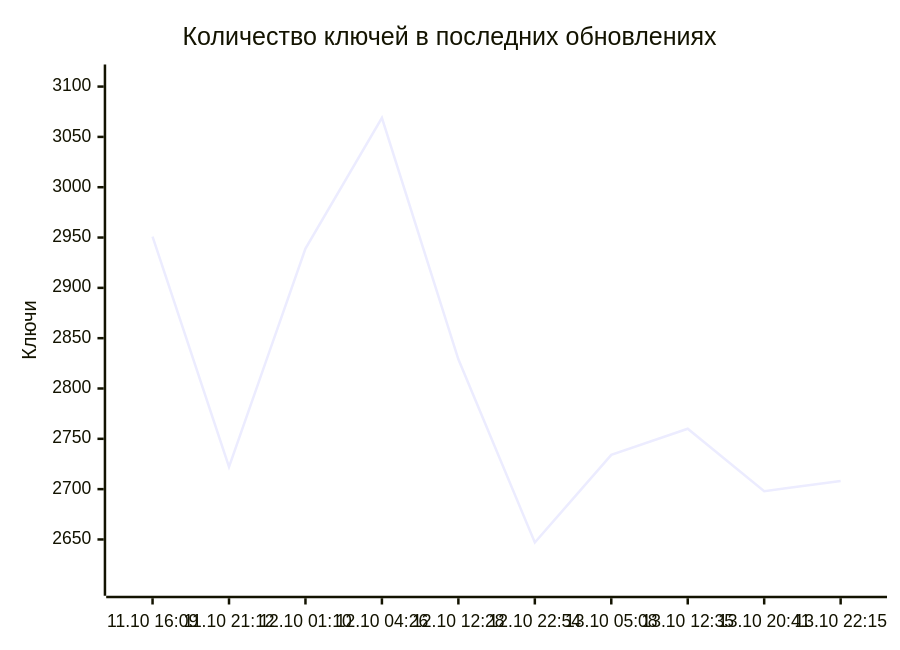
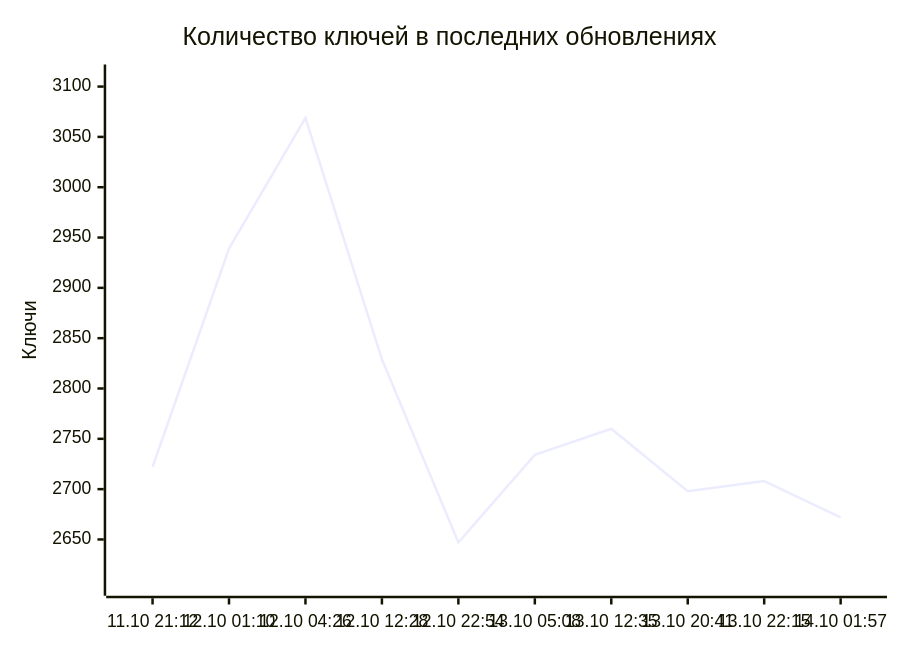
The diagram in README.md (markKikhtenko/WireVeil), drawn with Mermaid before and after one commit. The commit also changed other lines of this file and 13 other files, not shown here.

````diff
--- a/README.md
+++ b/README.md
@@ -55,7 +55,7 @@
 ```mermaid
 xychart-beta
     title "Количество ключей в последних обновлениях"
-    x-axis ["11.10 16:09", "11.10 21:12", "12.10 01:10", "12.10 04:26", "12.10 12:28", "12.10 22:54", "13.10 05:08", "13.10 12:35", "13.10 20:41", "13.10 22:15"]
+    x-axis ["11.10 21:12", "12.10 01:10", "12.10 04:26", "12.10 12:28", "12.10 22:54", "13.10 05:08", "13.10 12:35", "13.10 20:41", "13.10 22:15", "14.10 01:57"]
     y-axis "Ключи" 2604 --> 3112
-    line [2951, 2722, 2939, 3069, 2829, 2647, 2734, 2760, 2698, 2708]
+    line [2722, 2939, 3069, 2829, 2647, 2734, 2760, 2698, 2708, 2672]
 ```
````
